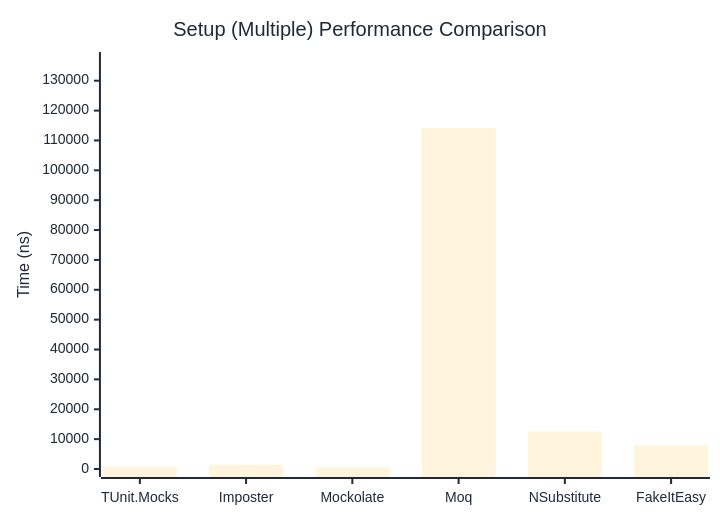
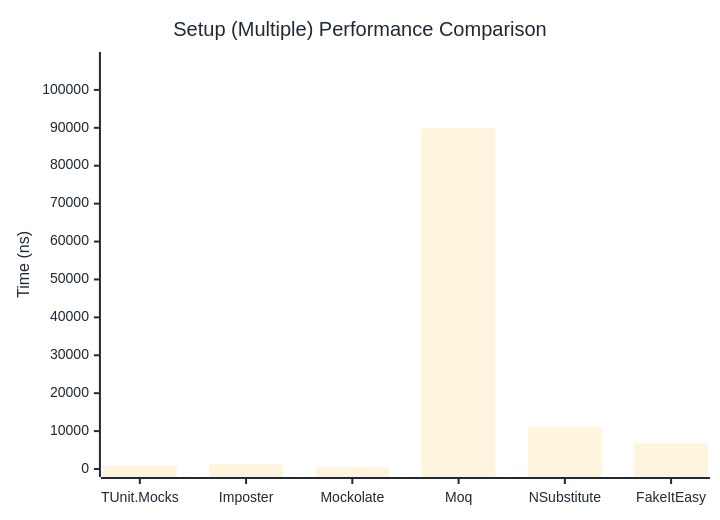
Before and after one commit to thomhurst/TUnit: the second of 2 diagrams in docs/docs/benchmarks/mocks/Setup.md, drawn with Mermaid. The commit also changed other lines of this file and 14 other files, not shown here.

````diff
--- a/docs/docs/benchmarks/mocks/Setup.md
+++ b/docs/docs/benchmarks/mocks/Setup.md
@@ -71,27 +71,27 @@
 ```mermaid
 %%{init: {
   'theme':'base',
   'themeVariables': {
     'primaryColor': '#2563eb',
     'primaryTextColor': '#1f2937',
     'primaryBorderColor': '#1e40af',
     'lineColor': '#6b7280',
     'secondaryColor': '#7c3aed',
     'tertiaryColor': '#dc2626',
     'background': '#ffffff',
     'pie1': '#2563eb',
     'pie2': '#7c3aed',
     'pie3': '#dc2626',
     'pie4': '#f59e0b',
     'pie5': '#10b981',
     'pie6': '#06b6d4',
     'pie7': '#ec4899',
     'pie8': '#6366f1'
   }
 }}%%
 xychart-beta
   title "Setup (Multiple) Performance Comparison"
   x-axis ["TUnit.Mocks", "Imposter", "Mockolate", "Moq", "NSubstitute", "FakeItEasy"]
-  y-axis "Time (ns)" 0 --> 136931
-  bar [791.6, 1437.7, 550.1, 114108.4, 12522.7, 8066.5]
+  y-axis "Time (ns)" 0 --> 107891
+  bar [814, 1325, 556.6, 89908.6, 11070.9, 6778.8]
 ```
````
